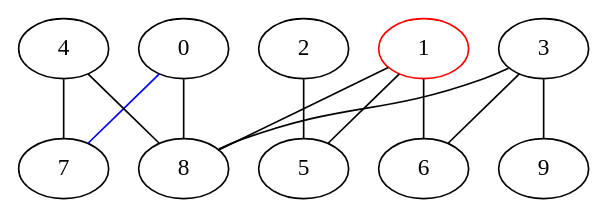
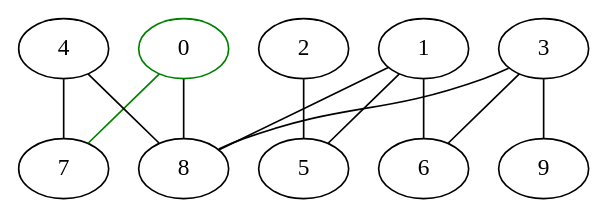
One commit to Barek123/bipartitegraphapp changed the diagram in example/graph2.dot. Above: the diagram before and after it, drawn with Graphviz. The commit also changed 5 other files, not shown here.

```diff
--- a/example/graph2.dot
+++ b/example/graph2.dot
@@ -1,18 +1,16 @@
 graph {
-    { rank=same; 0; 1 [color = red]; 2; 3; 4}
-    { rank=same; 5; 6; 7; 8; 9}
+    0 [color = green]
 
-
-    0 -- 7 [color = blue]
+    0 -- 7 [color = green]
     0 -- 8
     1 -- 5
     1 -- 6
     1 -- 8
     2 -- 5
 
     3 -- 6
     3 -- 8
     3 -- 9
     4 -- 7
     4 -- 8
 }
```
